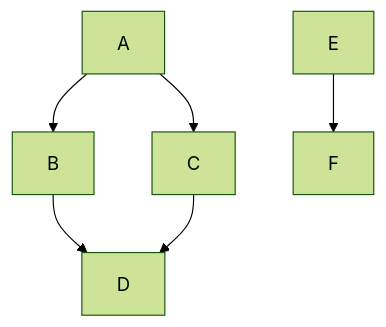
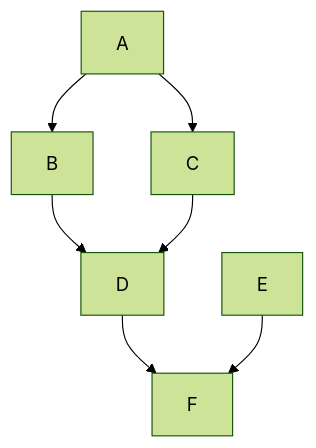
One commit to Lance238/WIKI changed the diagram in Introduction-to-Mermaid.md. Above: the diagram before and after it, drawn with Mermaid (forest theme).

```diff
--- a/Introduction-to-Mermaid.md
+++ b/Introduction-to-Mermaid.md
@@ -1,8 +1,9 @@
 :::mermaid
 graph TD;
     A-->B;
     A-->C;
     B-->D;
     C-->D;
+    D-->F;
     E-->F;
 :::
```
